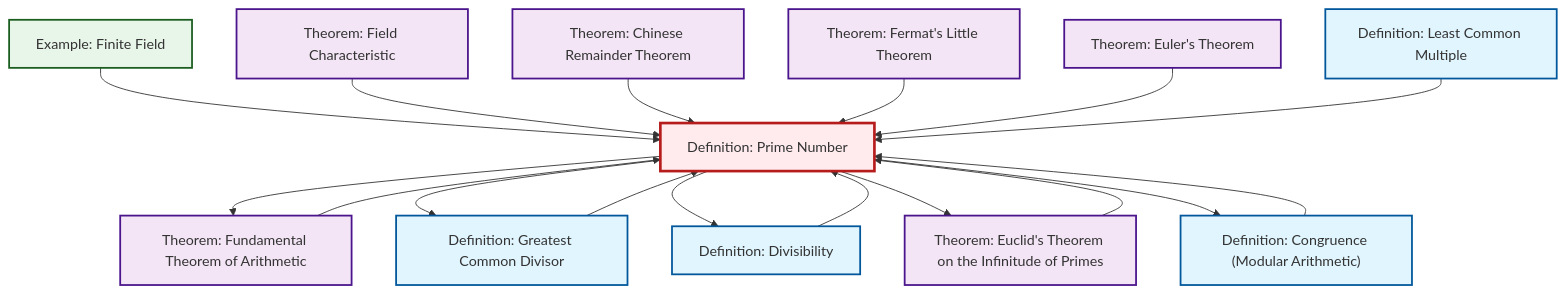
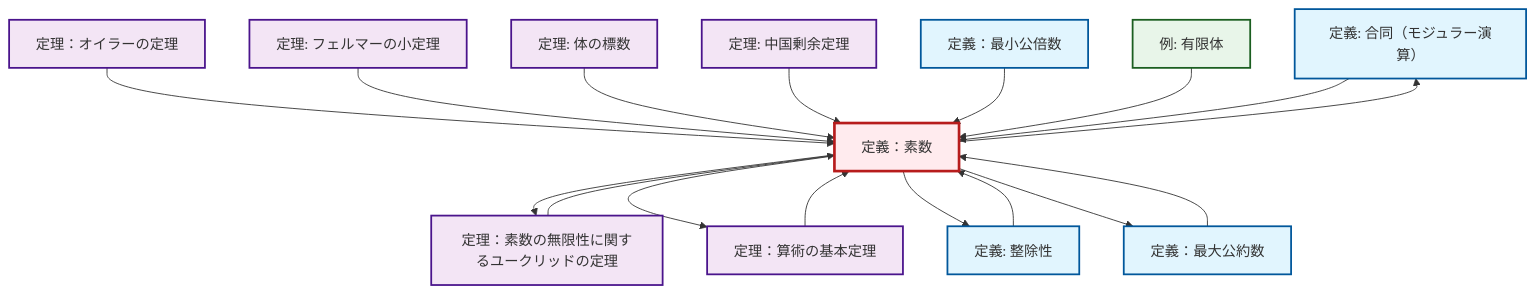
The diagram in content/ja/number-theory/def-prime.qmd (RK0429/ModernMath), drawn with Mermaid before and after one commit. The commit also changed 1069 other files, not shown here.

````diff
--- a/content/ja/number-theory/def-prime.qmd
+++ b/content/ja/number-theory/def-prime.qmd
@@ -66,49 +66,49 @@
 ```{mermaid}
 %%| fig-cap: "Local dependency graph"
 graph TD
     classDef definition fill:#e1f5fe,stroke:#01579b,stroke-width:2px
     classDef theorem fill:#f3e5f5,stroke:#4a148c,stroke-width:2px
     classDef axiom fill:#fff3e0,stroke:#e65100,stroke-width:2px
     classDef example fill:#e8f5e9,stroke:#1b5e20,stroke-width:2px
     classDef current fill:#ffebee,stroke:#b71c1c,stroke-width:3px
-    thm-chinese-remainder["Theorem: Chinese Remainder Theorem"]:::theorem
-    thm-fermat-little["Theorem: Fermat's Little Theorem"]:::theorem
-    def-gcd["Definition: Greatest Common Divisor"]:::definition
-    def-divisibility["Definition: Divisibility"]:::definition
-    thm-fundamental-arithmetic["Theorem: Fundamental Theorem of Arithmetic"]:::theorem
-    thm-euclid-infinitude-primes["Theorem: Euclid's Theorem on the Infinitude of Primes"]:::theorem
-    thm-field-characteristic["Theorem: Field Characteristic"]:::theorem
-    def-lcm["Definition: Least Common Multiple"]:::definition
-    thm-euler["Theorem: Euler's Theorem"]:::theorem
-    ex-finite-field["Example: Finite Field"]:::example
-    def-prime["Definition: Prime Number"]:::definition
-    def-congruence["Definition: Congruence (Modular Arithmetic)"]:::definition
+    def-congruence["定義: 合同（モジュラー演算）"]:::definition
+    def-lcm["定義：最小公倍数"]:::definition
+    def-divisibility["定義: 整除性"]:::definition
+    thm-euclid-infinitude-primes["定理：素数の無限性に関するユークリッドの定理"]:::theorem
+    thm-fundamental-arithmetic["定理：算術の基本定理"]:::theorem
+    thm-euler["定理：オイラーの定理"]:::theorem
+    thm-chinese-remainder["定理: 中国剰余定理"]:::theorem
+    thm-fermat-little["定理: フェルマーの小定理"]:::theorem
+    def-gcd["定義：最大公約数"]:::definition
+    thm-field-characteristic["定理: 体の標数"]:::theorem
+    def-prime["定義：素数"]:::definition
+    ex-finite-field["例: 有限体"]:::example
+    def-prime --> thm-euclid-infinitude-primes
+    thm-euler --> def-prime
+    def-divisibility --> def-prime
+    thm-fermat-little --> def-prime
+    def-prime --> def-congruence
+    thm-field-characteristic --> def-prime
+    def-prime --> thm-fundamental-arithmetic
+    thm-chinese-remainder --> def-prime
+    def-gcd --> def-prime
+    thm-fundamental-arithmetic --> def-prime
+    def-prime --> def-divisibility
+    def-lcm --> def-prime
+    ex-finite-field --> def-prime
+    def-prime --> def-gcd
+    def-congruence --> def-prime
     thm-euclid-infinitude-primes --> def-prime
-    ex-finite-field --> def-prime
-    def-prime --> thm-fundamental-arithmetic
-    def-gcd --> def-prime
-    thm-field-characteristic --> def-prime
-    thm-chinese-remainder --> def-prime
-    thm-fermat-little --> def-prime
-    thm-fundamental-arithmetic --> def-prime
-    thm-euler --> def-prime
-    def-prime --> def-gcd
-    def-lcm --> def-prime
-    def-divisibility --> def-prime
-    def-congruence --> def-prime
-    def-prime --> def-divisibility
-    def-prime --> thm-euclid-infinitude-primes
-    def-prime --> def-congruence
     class def-prime current
-    click thm-chinese-remainder "thm-chinese-remainder.html" "Theorem: Chinese Remainder Theoremへ"
-    click thm-fermat-little "thm-fermat-little.html" "Theorem: Fermat's Little Theoremへ"
-    click def-gcd "def-gcd.html" "Definition: Greatest Common Divisorへ"
-    click def-divisibility "def-divisibility.html" "Definition: Divisibilityへ"
-    click thm-fundamental-arithmetic "thm-fundamental-arithmetic.html" "Theorem: Fundamental Theorem of Arithmeticへ"
-    click thm-euclid-infinitude-primes "thm-euclid-infinitude-primes.html" "Theorem: Euclid's Theorem on the Infinitude of Primesへ"
-    click thm-field-characteristic "thm-field-characteristic.html" "Theorem: Field Characteristicへ"
-    click def-lcm "def-lcm.html" "Definition: Least Common Multipleへ"
-    click thm-euler "thm-euler.html" "Theorem: Euler's Theoremへ"
-    click ex-finite-field "ex-finite-field.html" "Example: Finite Fieldへ"
-    click def-congruence "def-congruence.html" "Definition: Congruence (Modular Arithmetic)へ"
+    click def-congruence "def-congruence.html" "合同（モジュラー演算）の定義へ"
+    click def-lcm "def-lcm.html" "定義：最小公倍数へ"
+    click def-divisibility "def-divisibility.html" "整除性の定義へ"
+    click thm-euclid-infinitude-primes "thm-euclid-infinitude-primes.html" "定理：素数の無限性に関するユークリッドの定理へ"
+    click thm-fundamental-arithmetic "thm-fundamental-arithmetic.html" "定理：算術の基本定理へ"
+    click thm-euler "thm-euler.html" "定理：オイラーの定理へ"
+    click thm-chinese-remainder "thm-chinese-remainder.html" "中国剰余定理の定理へ"
+    click thm-fermat-little "thm-fermat-little.html" "フェルマーの小定理の定理へ"
+    click def-gcd "def-gcd.html" "定義：最大公約数へ"
+    click thm-field-characteristic "thm-field-characteristic.html" "体の標数の定理へ"
+    click ex-finite-field "ex-finite-field.html" "有限体の例へ"
 ```
````
